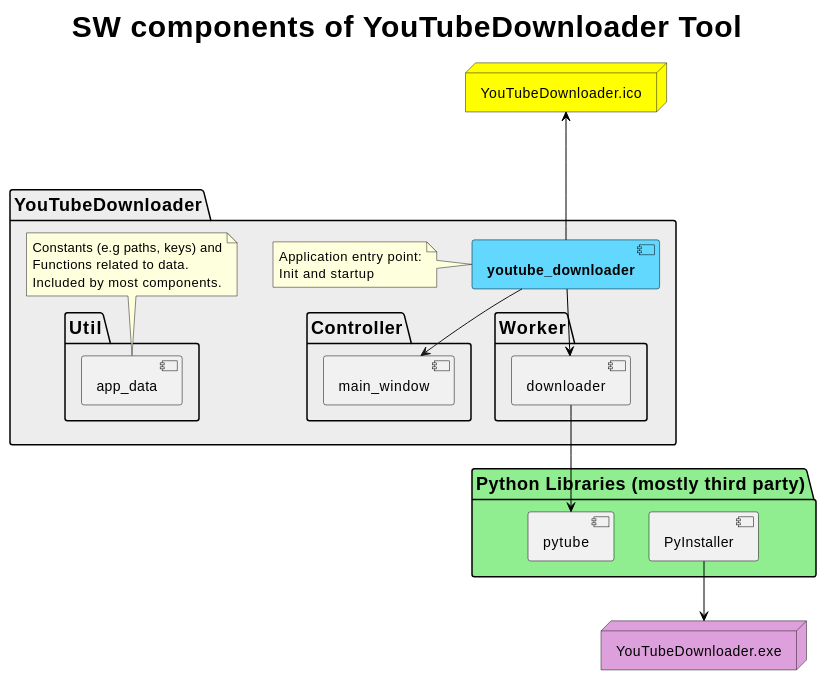
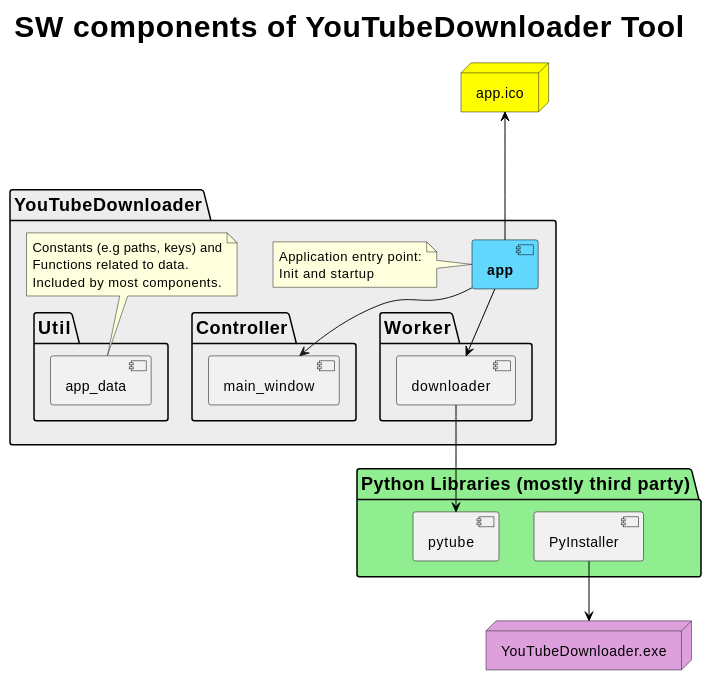
The diagram in CONTRIBUTING.md (timounger/YouTubeDownloader), drawn with PlantUML before and after one commit. The commit also changed other lines of this file and 29 other files, not shown here.

```diff
--- a/CONTRIBUTING.md
+++ b/CONTRIBUTING.md
@@ -9,50 +9,50 @@
 @startuml cdYouTubeDownloaderSWComponents
 skinparam titleFontSize 30
 skinparam titleFontStyle bold
 skinparam packageBorderColor black
 skinparam packageFontSize 18
 skinparam groupFontStyle bold
 skinparam componentBorderColor black
 skinparam interfaceBorderColor black
 skinparam CollectionsBorderColor black
 
 title SW components of YouTubeDownloader Tool
 
-node "YouTubeDownloader.ico" as icon #yellow
+node "app.ico" as icon #yellow
 
 package "YouTubeDownloader" as YtDl #ededed {
-  component "**youtube_downloader**" as youtube_downloader #63d8ff
-  note left of youtube_downloader
+  component "**app**" as app #63d8ff
+  note left of app
     Application entry point:
     Init and startup
   end note
   package "Controller" as controller {
     [main_window]
   }
   package "Util" as util {
     [app_data] as data
   }
   note top of data
     Constants (e.g paths, keys) and
     Functions related to data.
     Included by most components.
   end note
   package "Worker" {
     [downloader]
   }
-  [youtube_downloader] -d-> [main_window]
-  [youtube_downloader] -[#black]u--> icon
+  [app] -d-> [main_window]
+  [app] -[#black]u--> icon
 }
 
 node "YouTubeDownloader.exe" #plum
 
 package "Python Libraries (mostly third party)" #lightgreen {
  [PyInstaller]
  [pytube]
 }
 
-[youtube_downloader] -[#black]-> [downloader]
+[app] -[#black]-> [downloader]
 [downloader] -[#black]-> [pytube]
 [PyInstaller] -[#black]d-> YouTubeDownloader.exe
 
 @enduml
```
